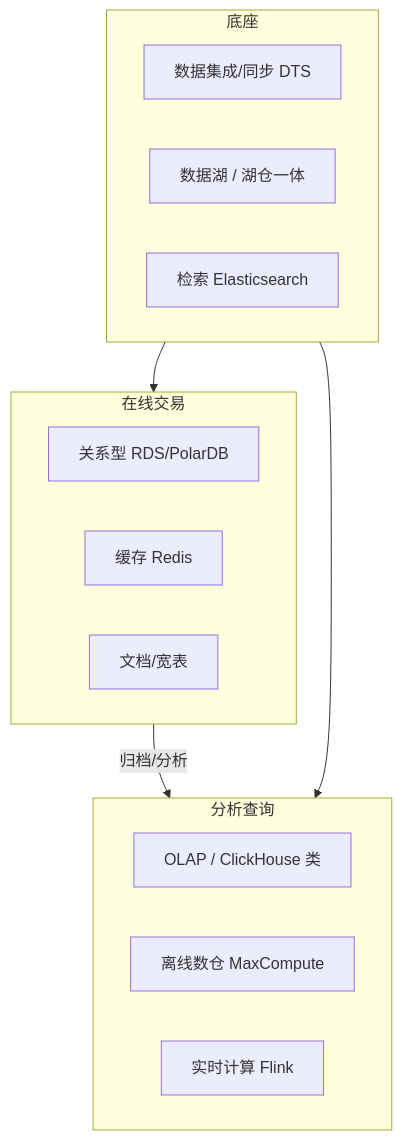
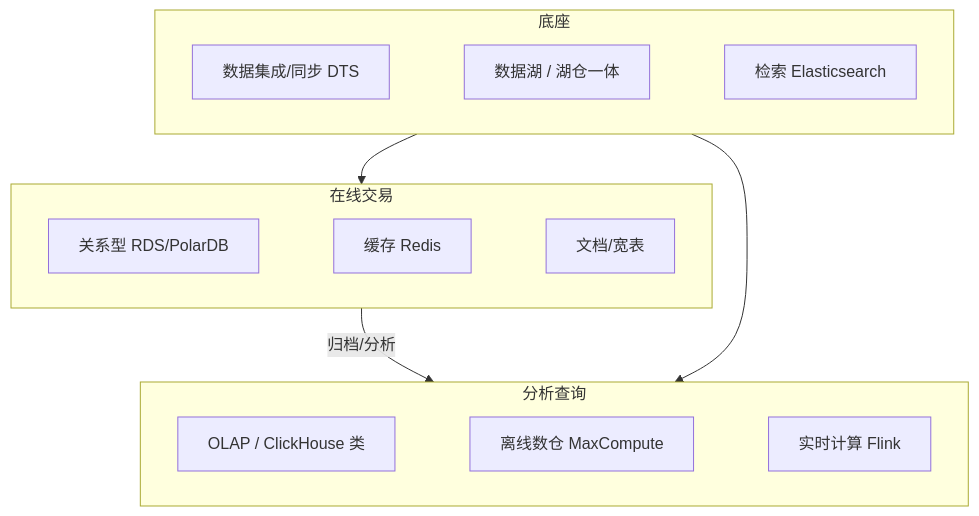
The diagram in docs/cloud/data/index.md (shuifans/cloud-ai-knowledge-base), drawn with Mermaid before and after one commit. The commit also changed 7 other files, not shown here.

First line of the commit message:
修复: Mermaid 图呈现治理（全局渲染配置与导读页全景图布局）

````diff
--- a/docs/cloud/data/index.md
+++ b/docs/cloud/data/index.md
@@ -18,21 +18,27 @@
 ```mermaid
 flowchart TB
   subgraph 在线交易
+    direction LR
     R1[关系型 RDS/PolarDB]
     R2[缓存 Redis]
     R3[文档/宽表]
+    R1 ~~~ R2 ~~~ R3
   end
   subgraph 分析查询
+    direction LR
     A1[OLAP / ClickHouse 类]
     A2[离线数仓 MaxCompute]
     A3[实时计算 Flink]
+    A1 ~~~ A2 ~~~ A3
   end
   subgraph 底座
+    direction LR
     D1[数据集成/同步 DTS]
     D2[数据湖 / 湖仓一体]
     D3[检索 Elasticsearch]
+    D1 ~~~ D2 ~~~ D3
   end
   在线交易 -->|归档/分析| 分析查询
   底座 --> 在线交易
   底座 --> 分析查询
 ```
````
